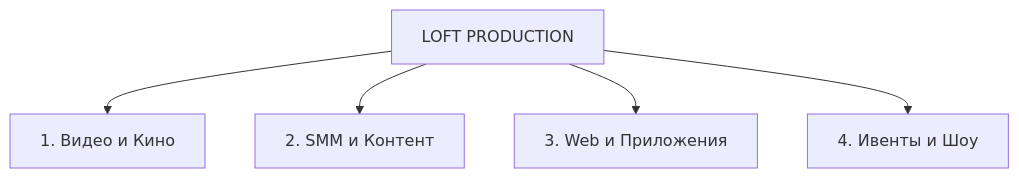
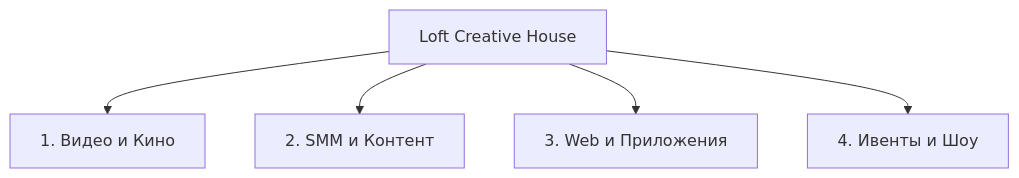
One commit to persimon-pro/loft-production changed the diagram in commercial_proposal_ktm.md. Above: the diagram before and after it, drawn with Mermaid. The commit also changed other lines of this file and 4 other files, not shown here.

Commit message:
Update brand name to Loft Creative House, add new logo and Instagram link

````diff
--- a/commercial_proposal_ktm.md
+++ b/commercial_proposal_ktm.md
@@ -24,7 +24,7 @@
 ```mermaid
 graph TD
-    A[LOFT PRODUCTION] --> B[1. Видео и Кино]
+    A[Loft Creative House] --> B[1. Видео и Кино]
     A --> C[2. SMM и Контент]
     A --> D[3. Web и Приложения]
     A --> E[4. Ивенты и Шоу]
 ```
````
